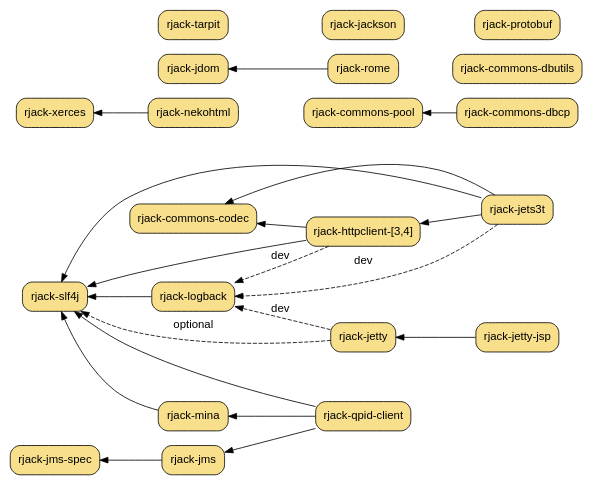
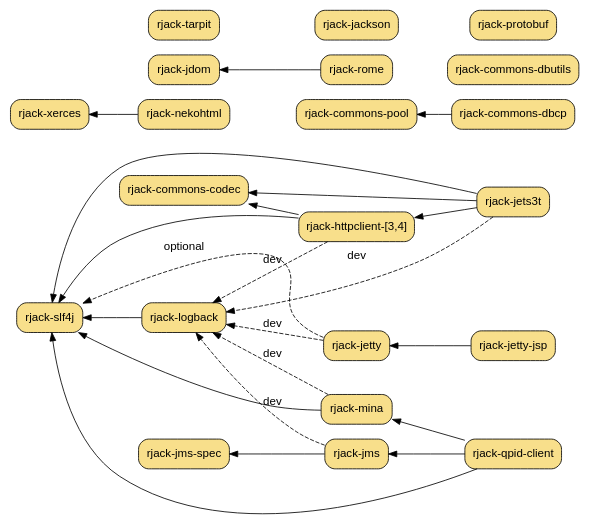
Before and after one commit to dekellum/rjack: the diagram in www/rjack.dot, drawn with Graphviz.

Commit message:
www: Add other logback dev dependencies in diagram

```diff
--- a/www/rjack.dot
+++ b/www/rjack.dot
@@ -1,70 +1,75 @@
 digraph "RJack Gem Dependency Graph" {
   bgcolor="transparent";
   rankdir=RL;
   size="6.0,6.0";
   node [ shape=box, style="filled,rounded", fillcolor="#f8df8b",
          fontname="Arial", margin="0.15,0.1" ];
   edge [ fontname="Arial" ];
 
   "rjack-jets3t"        [ target=_parent, URL="jets3t/" ];
   "rjack-nekohtml"      [ target=_parent, URL="nekohtml/", group=ml ];
   "rjack-rome"          [ target=_parent, URL="rome/", group=ml ];
   "rjack-jdom"          [ target=_parent, URL="jdom/", group=ml ];
   "rjack-xerces"        [ target=_parent, URL="xerces/", group=ml ];
 
   "rjack-httpclient"    [ target=_parent, URL="httpclient-3/",
                           shape=record, label="rjack-httpclient-[3,4]" ];
 
   "rjack-jetty"         [ target=_parent, URL="jetty/" ];
   "rjack-jetty-jsp"     [ target=_parent, URL="jetty-jsp/" ];
 
   "rjack-slf4j"         [ target=_parent, URL="slf4j/", group=log ];
   "rjack-logback"       [ target=_parent, URL="logback/", group=log ];
 
   "rjack-commons-codec" [ target=_parent, URL="commons-codec/", group=commons ];
 
   "rjack-jms-spec"      [ target=_parent, URL="jms-spec/", group=net ];
   "rjack-jms"           [ target=_parent, URL="jms/", group=net ];
   "rjack-mina"          [ target=_parent, URL="mina/", group=net ];
   "rjack-qpid-client"   [ target=_parent, URL="qpid-client/", group=net ];
 
   "rjack-commons-dbcp"  [ target=_parent, URL="commons-dbcp/", group=commons ];
   "rjack-commons-dbutils" [ target=_parent, URL="commons-dbutils/", group=commons ];
 
   "rjack-commons-pool"  [ target=_parent, URL="commons-pool/", group=commons ];
   "rjack-protobuf"      [ target=_parent, URL="protobuf/" ];
 
   "rjack-tarpit"        [ target=_parent, URL="tarpit/" ];
   "rjack-jackson"       [ target=_parent, URL="jackson/" ];
 
   "rjack-jets3t"       -> "rjack-logback" [ style=dashed, label="dev" ];
   "rjack-jets3t"       -> "rjack-httpclient";
   "rjack-jets3t"       -> "rjack-commons-codec";
   "rjack-jets3t"       -> "rjack-slf4j";
   "rjack-rome"         -> "rjack-jdom"
   "rjack-nekohtml"     -> "rjack-xerces"
 
   "rjack-httpclient"   -> "rjack-commons-codec";
   "rjack-httpclient"   -> "rjack-logback" [ style=dashed, label="dev" ];
   "rjack-httpclient"   -> "rjack-slf4j";
 
   "rjack-jetty-jsp"    -> "rjack-jetty";
   "rjack-jetty"        -> "rjack-logback" [ style=dashed, label="dev" ];
   "rjack-jetty"        -> "rjack-slf4j"   [ style=dashed, label="optional" ];
 
   "rjack-logback"      -> "rjack-slf4j";
 
   "rjack-jms"          -> "rjack-jms-spec";
+  "rjack-jms"          -> "rjack-logback" [ style=dashed, label="dev" ];
+
   "rjack-mina"         -> "rjack-slf4j";
+  "rjack-mina"         -> "rjack-logback" [ style=dashed, label="dev" ];
+
   "rjack-qpid-client"  -> "rjack-mina";
   "rjack-qpid-client"  -> "rjack-jms";
   "rjack-qpid-client"  -> "rjack-slf4j";
+#  "rjack-qpid-client"  -> "rjack-logback" [ style=dashed, label="dev" ];
 
   "rjack-commons-dbcp" -> "rjack-commons-pool";
 
 # for fitting only
   "rjack-jackson"         -> "rjack-tarpit"   [ style=invis ];
   "rjack-protobuf"        -> "rjack-jackson"  [ style=invis ];
   "rjack-commons-pool"    -> "rjack-nekohtml" [ style=invis ];
   "rjack-commons-dbutils" -> "rjack-rome"     [ style=invis ];
 }
```
